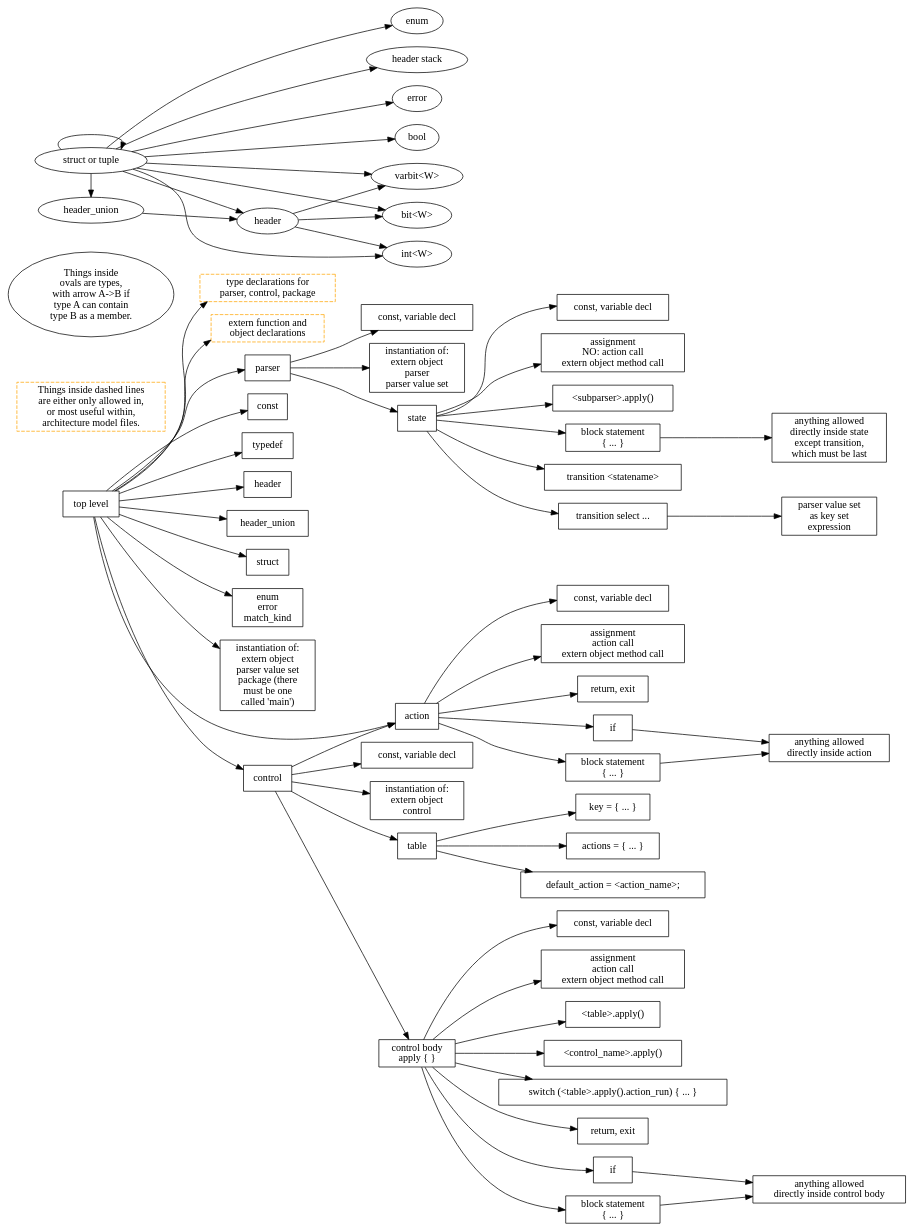
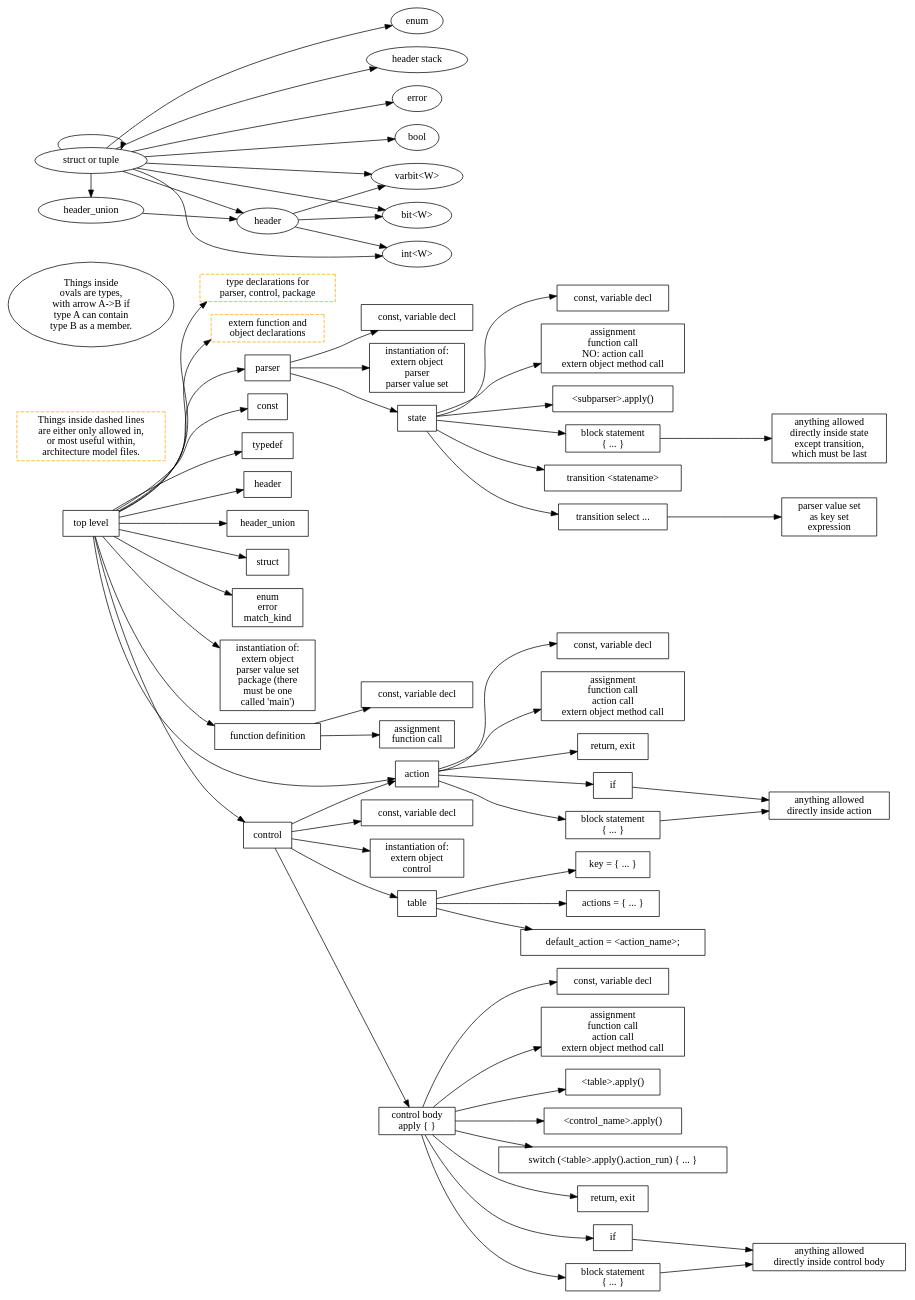
Before and after one commit to jafingerhut/p4-guide: the diagram in p4-16-allowed-constructs.dot, drawn with Graphviz. The commit also changed 3 other files, not shown here.

```diff
--- a/p4-16-allowed-constructs.dot
+++ b/p4-16-allowed-constructs.dot
@@ -1,157 +1,164 @@
 digraph p4_16_allowed_construct_nesting {
 
     node [shape=box];
     rankdir=LR;
     
     toplevel [label="top level"];
     legend_bold_orange_box [label="Things inside dashed lines\nare either only allowed in,\nor most useful within,\narchitecture model files." style=dashed color=orange];
 
     toplevel -> typeDeclaration;
     typeDeclaration [label="type declarations for\nparser, control, package" style=dashed color=orange];
     toplevel -> externDeclaration;
     externDeclaration [label="extern function and\n object declarations" style=dashed color=orange];
     toplevel -> parserDeclaration;
     parserDeclaration [label="parser"];
     toplevel -> constantDeclaration1;
     constantDeclaration1 [label="const"];
     toplevel -> typedefDeclaration;
     typedefDeclaration [label="typedef"];
     toplevel -> headerTypeDeclaration;
     headerTypeDeclaration [label="header"];
     toplevel -> headerUnionDeclaration;
     headerUnionDeclaration [label="header_union"];
     toplevel -> structTypeDeclaration;
     structTypeDeclaration [label="struct"];
     toplevel -> enumErrorMatchKindDeclaration;
     enumErrorMatchKindDeclaration [label="enum\nerror\nmatch_kind"];
     toplevel -> Instantiation;
     Instantiation [label="instantiation of:\nextern object\nparser value set\npackage (there\nmust be one\ncalled 'main')"];
+    toplevel -> functionDefinition;
+    functionDefinition [label="function definition"];
     toplevel -> actionDeclaration;
     actionDeclaration [label="action"];
     toplevel -> controlDeclaration;
     controlDeclaration [label="control"];
 
     // this is 'parser <name> (<parameters>) { ... }'
     parserDeclaration -> constantOrVariableDeclaration2;
     constantOrVariableDeclaration2 [label="const, variable decl"];
     parserDeclaration -> Instantiation2;
     Instantiation2 [label="instantiation of:\nextern object\nparser\nparser value set"];
     parserDeclaration -> parserState;
 
     parserState [label="state"];
     parserState -> constantOrVariableDeclaration3;
     constantOrVariableDeclaration3 [label="const, variable decl"];
     parserState -> assignmentActionMethodCallStatement3;
-    assignmentActionMethodCallStatement3 [label="assignment\nNO: action call\nextern object method call"];
+    assignmentActionMethodCallStatement3 [label="assignment\nfunction call\nNO: action call\nextern object method call"];
     parserState -> parserApplyCallStatement3;
     parserApplyCallStatement3 [label="<subparser>.apply()"];
     parserState -> blockStatement3;
     blockStatement3 [label="block statement\n{ ... }"];
     blockStatement3 -> blockStatementInParserState;
     blockStatementInParserState [label="anything allowed\ndirectly inside state\nexcept transition,\nwhich must be last"];
     parserState -> transitionStatement1;
     parserState -> transitionStatement2;
     transitionStatement1 [label="transition <statename>"];
     transitionStatement2 [label="transition select ..."];
     transitionStatement2 -> parserValueSetCall;
     parserValueSetCall [label="parser value set\nas key set\nexpression"];
 
     controlDeclaration -> constantOrVariableDeclaration4;
     constantOrVariableDeclaration4 [label="const, variable decl"];
     controlDeclaration -> Instantiation4;
     Instantiation4 [label="instantiation of:\nextern object\ncontrol"];
     controlDeclaration -> actionDeclaration;
     controlDeclaration -> tableDeclaration;
     controlDeclaration -> controlBody;
     controlBody [label="control body\napply { }"];
 
     tableDeclaration [label="table"];
     tableDeclaration -> tablePropertyKey;
     tablePropertyKey [label="key = { ... }"];
     tableDeclaration -> tablePropertyActions;
     tablePropertyActions [label="actions = { ... }"];
     tableDeclaration -> tablePropertyDefaultAction;
     tablePropertyDefaultAction [label="default_action = <action_name>;"];
 
+    functionDefinition -> constantOrVariableDeclaration7;
+    constantOrVariableDeclaration7 [label="const, variable decl"];
+    functionDefinition -> assignmentFunctionCallStatement1;
+    assignmentFunctionCallStatement1 [label="assignment\nfunction call"];
+
     actionDeclaration -> constantOrVariableDeclaration5;
     constantOrVariableDeclaration5 [label="const, variable decl"];
     actionDeclaration -> assignmentActionMethodCallStatement5;
-    assignmentActionMethodCallStatement5 [label="assignment\naction call\nextern object method call"];
+    assignmentActionMethodCallStatement5 [label="assignment\nfunction call\naction call\nextern object method call"];
     actionDeclaration -> returnOrExitStatement5;
     returnOrExitStatement5 [label="return, exit"];
     actionDeclaration -> conditionalStatement5;
     conditionalStatement5 [label="if"];
     conditionalStatement5 -> blockStatementInActionDeclaration;
     actionDeclaration -> blockStatement5;
     blockStatement5 [label="block statement\n{ ... }"];
     blockStatement5 -> blockStatementInActionDeclaration;
     blockStatementInActionDeclaration [label="anything allowed\ndirectly inside action"];
 
     // I am making up actionCallStatement.  It might most closely
     // correspond in P4_16 grammar to assignmentOrMethodCallStatement.
     //actionCallStatement
 
     controlBody -> constantOrVariableDeclaration6;
     constantOrVariableDeclaration6 [label="const, variable decl"];
     controlBody -> assignmentActionMethodCallStatement6;
-    assignmentActionMethodCallStatement6 [label="assignment\naction call\nextern object method call"];
+    assignmentActionMethodCallStatement6 [label="assignment\nfunction call\naction call\nextern object method call"];
     controlBody -> tableApplyCall6;
     tableApplyCall6 [label="<table>.apply()"];
     controlBody -> controlCallStatement6;
     controlCallStatement6 [label="<control_name>.apply()"];
     controlBody -> switchStatement6;
     switchStatement6 [label="switch (<table>.apply().action_run) { ... }"];
     controlBody -> returnOrExitStatement6;
     returnOrExitStatement6 [label="return, exit"];
     controlBody -> conditionalStatement6;
     conditionalStatement6 [label="if"];
     conditionalStatement6 -> blockStatementInControlBody;
     controlBody -> blockStatement6;
     blockStatement6 [label="block statement\n{ ... }"];
     blockStatement6 -> blockStatementInControlBody;
     blockStatementInControlBody [label="anything allowed\ndirectly inside control body"];
 
 
     legend_oval [label="Things inside\novals are types,\nwith arrow A->B if\ntype A can contain\ntype B as a member." shape=oval];
 
     {
     rank=same;
     containerStructOrTuple [shape=oval label="struct or tuple"];
     //containerStruct [shape=oval label="struct"];
     //containerTuple [shape=oval label="tuple"];
     containerHeaderUnion [shape=oval label="header_union"];
     }
 
     {
     rank=same;
     containerHeader [shape=oval label="header"];
     }
 
     {
     rank=same;
     elementBitW [shape=oval label="bit<W>"];
     elementIntW [shape=oval label="int<W>"];
     elementVarbitW [shape=oval label="varbit<W>"];
     elementError [shape=oval label="error"];
     elementBool [shape=oval label="bool"];
     elementEnum [shape=oval label="enum"];
     elementHeaderStack [shape=oval label="header stack"];
     }
 
     containerHeader -> elementBitW;
     containerHeader -> elementIntW;
     containerHeader -> elementVarbitW;
 
     containerHeaderUnion -> containerHeader;
 
     containerStructOrTuple -> elementBitW;
     containerStructOrTuple -> elementIntW;
     containerStructOrTuple -> elementVarbitW;
     containerStructOrTuple -> elementError;
     containerStructOrTuple -> elementBool;
     containerStructOrTuple -> elementEnum;
     containerStructOrTuple -> containerHeader;
     containerStructOrTuple -> containerHeaderUnion;
     containerStructOrTuple -> elementHeaderStack;
     containerStructOrTuple -> containerStructOrTuple;
 }
```
